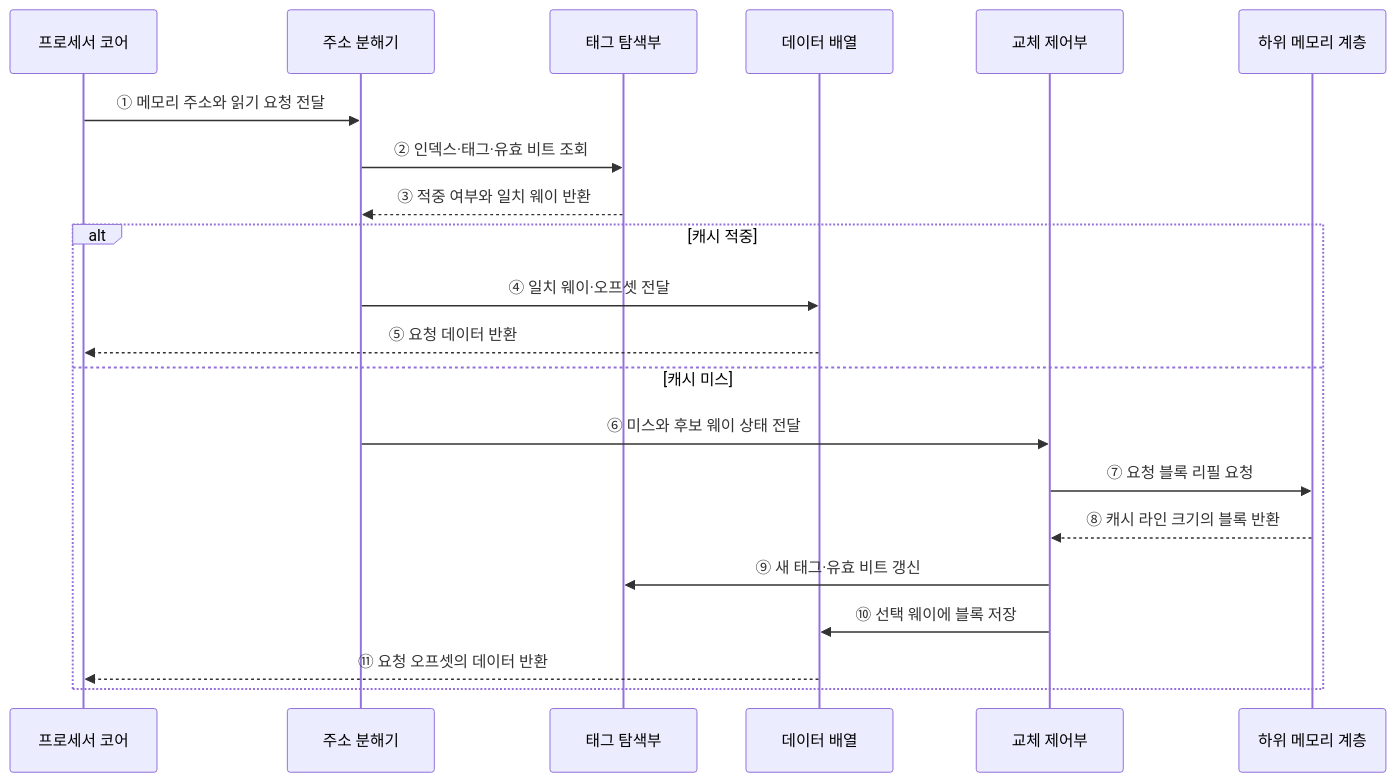
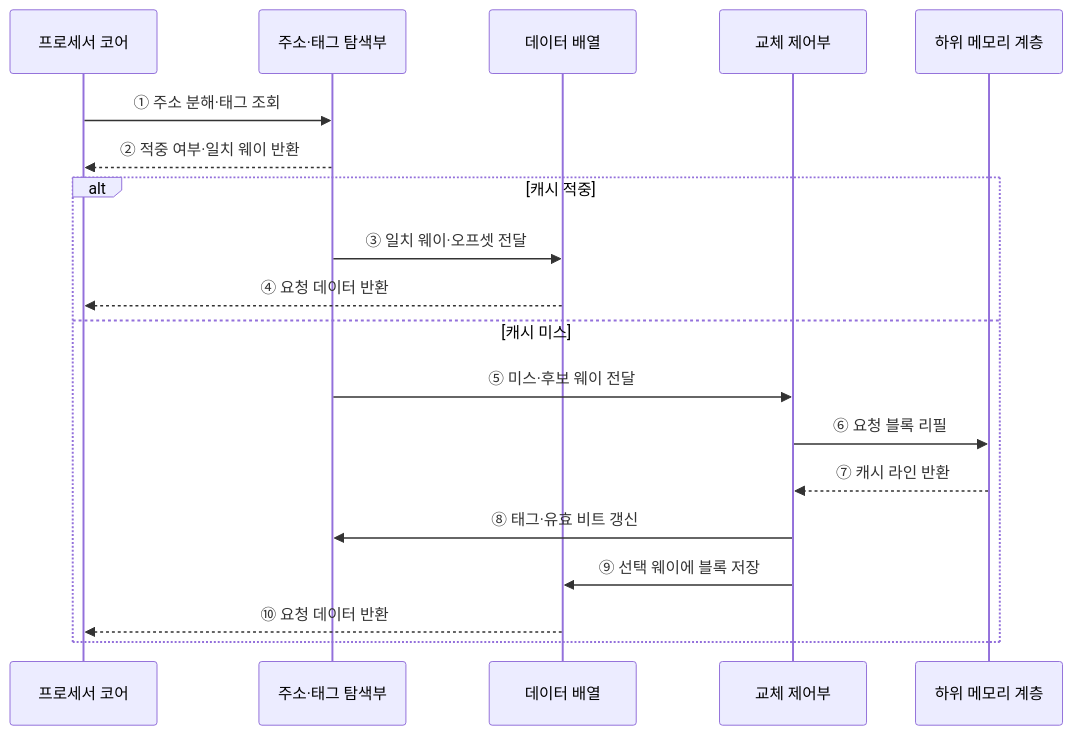
The second of 2 diagrams in src/content/docs/notes/02-hardware/012_cache_memory_mapping.md (agnusdei1207/knowledge-base), drawn with Mermaid before and after one commit. The commit also changed other lines of this file and 20 other files, not shown here.

````diff
--- a/src/content/docs/notes/02-hardware/012_cache_memory_mapping.md
+++ b/src/content/docs/notes/02-hardware/012_cache_memory_mapping.md
@@ -98,24 +89,22 @@
 ```mermaid
 sequenceDiagram
     participant C as 프로세서 코어
-    participant A as 주소 분해기
-    participant T as 태그 탐색부
+    participant L as 주소·태그 탐색부
     participant D as 데이터 배열
     participant R as 교체 제어부
     participant M as 하위 메모리 계층
 
-    C->>A: ① 메모리 주소와 읽기 요청 전달
-    A->>T: ② 인덱스·태그·유효 비트 조회
-    T-->>A: ③ 적중 여부와 일치 웨이 반환
+    C->>L: ① 주소 분해·태그 조회
+    L-->>C: ② 적중 여부·일치 웨이 반환
     alt 캐시 적중
-        A->>D: ④ 일치 웨이·오프셋 전달
-        D-->>C: ⑤ 요청 데이터 반환
+        L->>D: ③ 일치 웨이·오프셋 전달
+        D-->>C: ④ 요청 데이터 반환
     else 캐시 미스
-        A->>R: ⑥ 미스와 후보 웨이 상태 전달
-        R->>M: ⑦ 요청 블록 리필 요청
-        M-->>R: ⑧ 캐시 라인 크기의 블록 반환
-        R->>T: ⑨ 새 태그·유효 비트 갱신
-        R->>D: ⑩ 선택 웨이에 블록 저장
-        D-->>C: ⑪ 요청 오프셋의 데이터 반환
+        L->>R: ⑤ 미스·후보 웨이 전달
+        R->>M: ⑥ 요청 블록 리필
+        M-->>R: ⑦ 캐시 라인 반환
+        R->>L: ⑧ 태그·유효 비트 갱신
+        R->>D: ⑨ 선택 웨이에 블록 저장
+        D-->>C: ⑩ 요청 데이터 반환
     end
 ```
````
